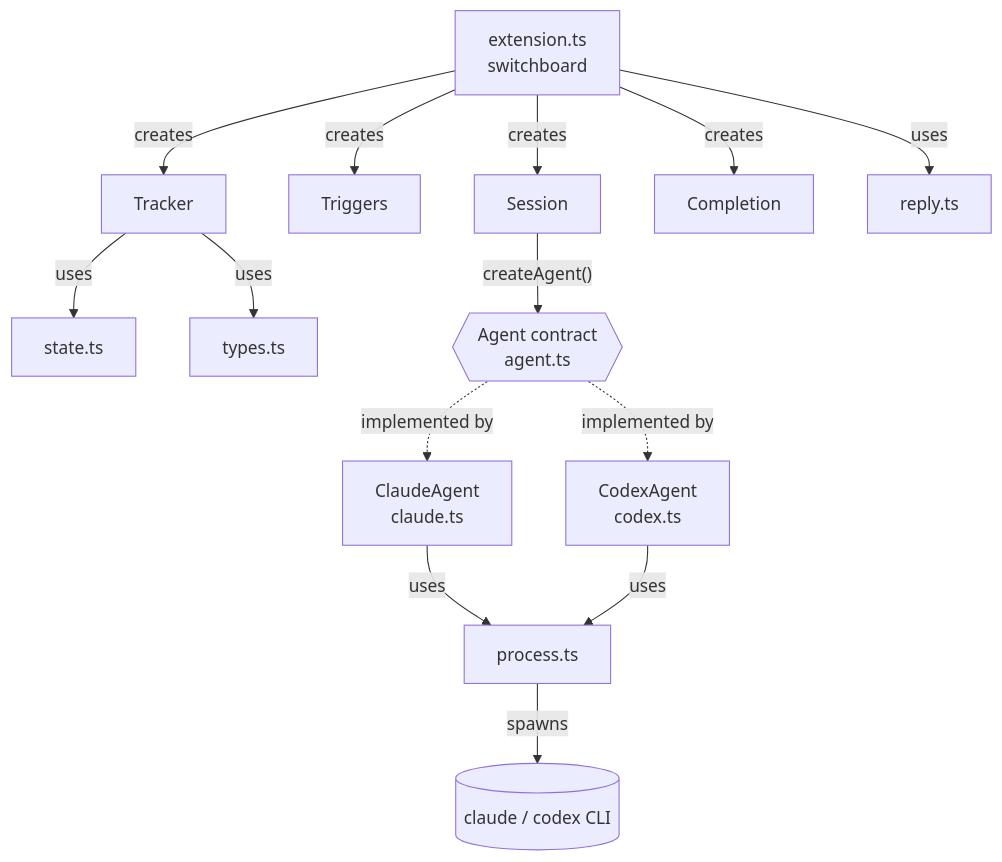
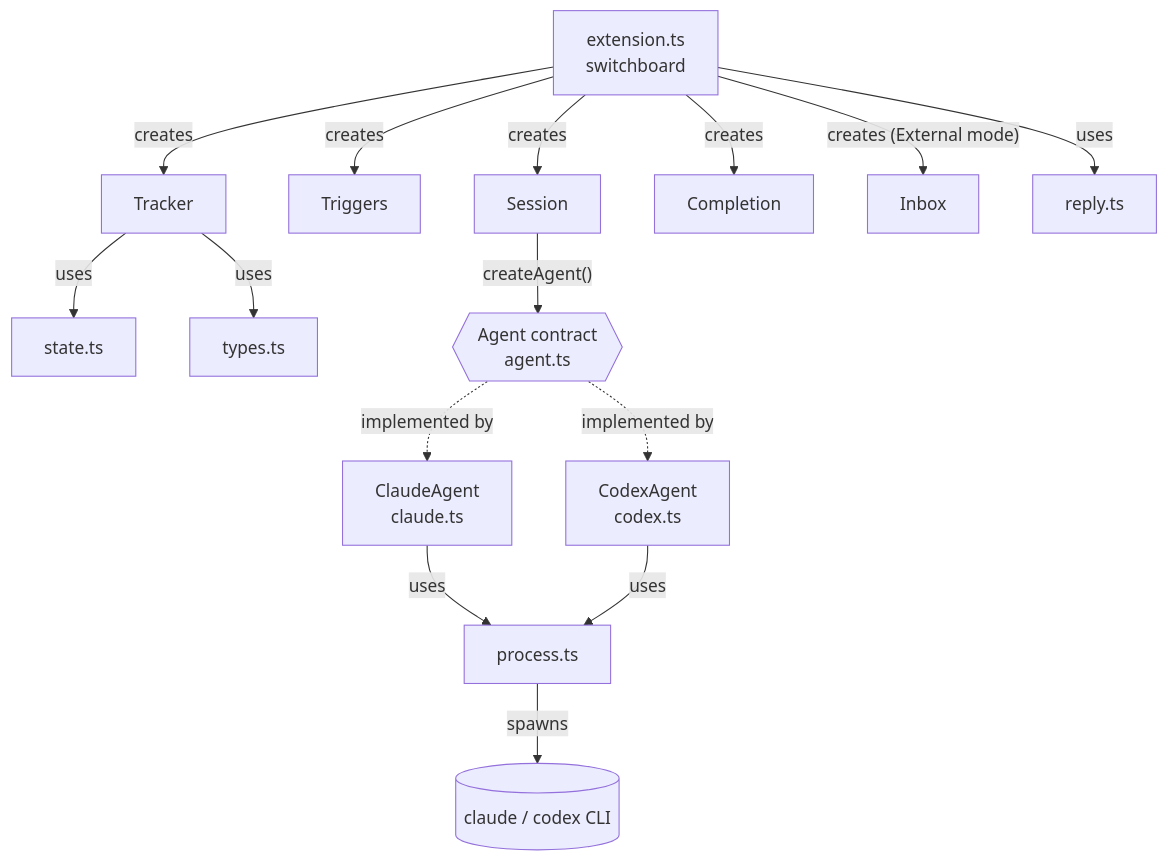
The first of 7 diagrams in docs/HOW_IT_WORKS.md (locchh/tab), drawn with Mermaid before and after one commit. The commit also changed other lines of this file and 15 other files, not shown here.

````diff
--- a/docs/HOW_IT_WORKS.md
+++ b/docs/HOW_IT_WORKS.md
@@ -32,21 +33,22 @@
 ```mermaid
 flowchart TB
     Ext[extension.ts<br/>switchboard]
 
     Ext -- creates --> Tracker[Tracker]
     Ext -- creates --> Triggers[Triggers]
     Ext -- creates --> Session[Session]
     Ext -- creates --> Completion[Completion]
+    Ext -- "creates (External mode)" --> Inbox[Inbox]
     Ext -- uses --> Reply[reply.ts]
 
     Tracker -- uses --> State[state.ts]
     Tracker -- uses --> Types[types.ts]
 
     Session -- "createAgent()" --> Agent{{Agent contract<br/>agent.ts}}
     Agent -. implemented by .-> Claude[ClaudeAgent<br/>claude.ts]
     Agent -. implemented by .-> Codex[CodexAgent<br/>codex.ts]
     Claude -- uses --> Proc[process.ts]
     Codex -- uses --> Proc
 
     Proc -- spawns --> CLI[(claude / codex CLI)]
 ```
````
